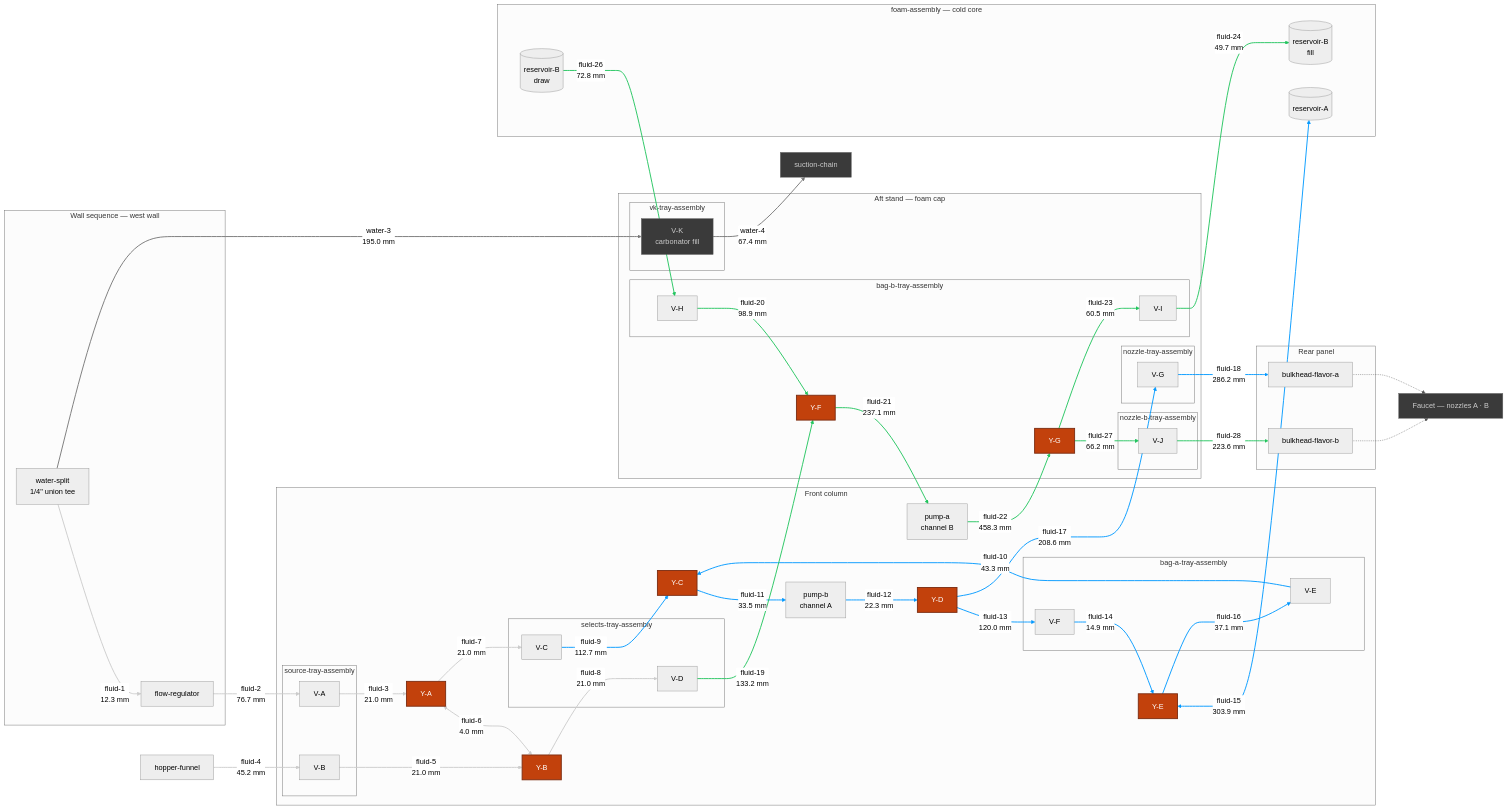
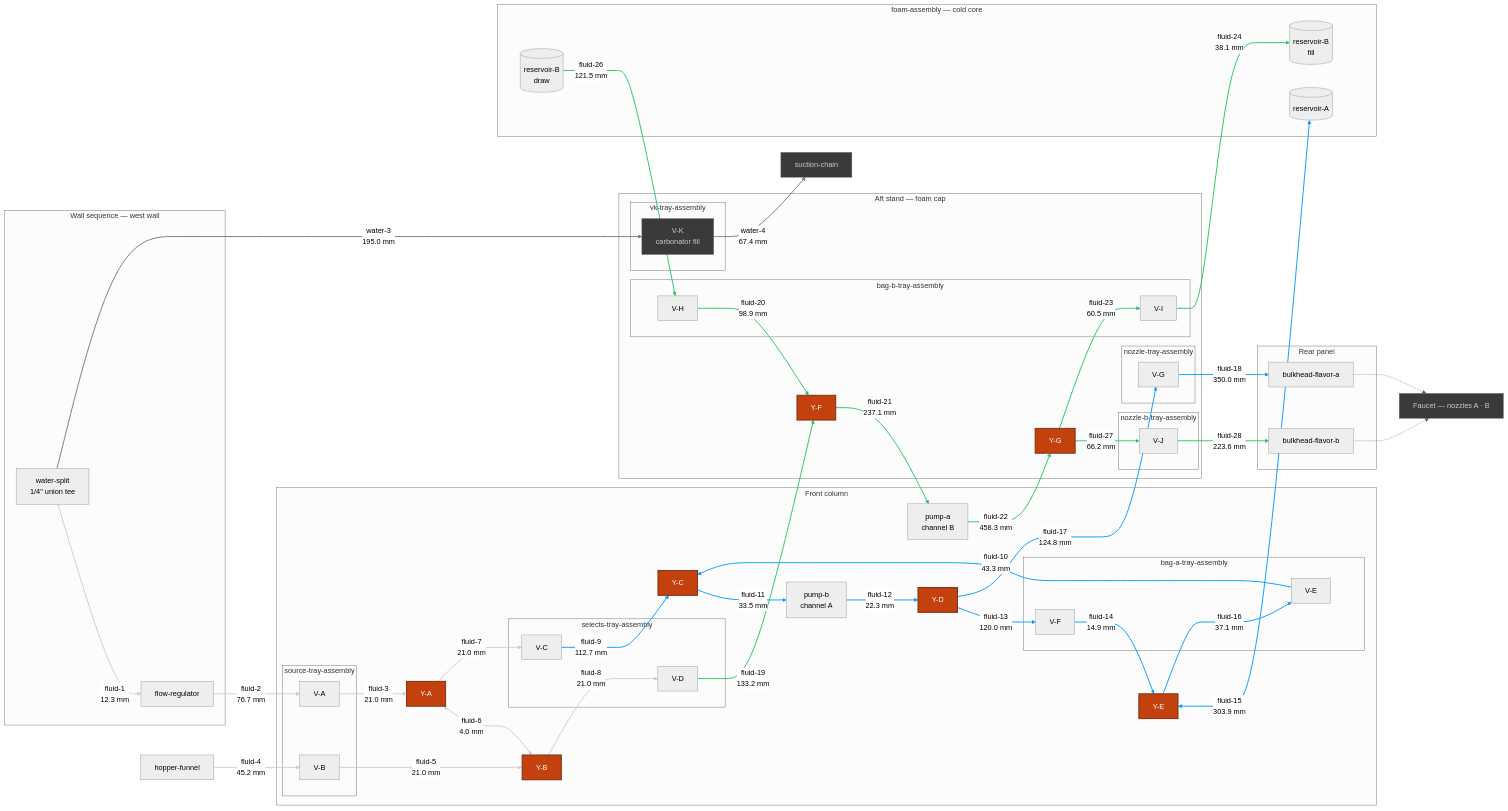
The diagram in hardware/topology/fluid-topology-manifold.mmd (derekbreden/homesodamachine), drawn with Mermaid (neutral theme) before and after one commit. The commit also changed 17 other files, not shown here.

```diff
--- a/hardware/topology/fluid-topology-manifold.mmd
+++ b/hardware/topology/fluid-topology-manifold.mmd
@@ -10,7 +10,7 @@
   %% `_fluid_topology_sync.py` writes every number below and gates every edge against
   %% the built run — an edge whose two ends are not that run's two ends fails the gate.
 
-  %% The 28 flavor segments come to [2805.0 mm](FLUID_TOTAL) of 1/4" LLDPE, over
+  %% The 28 flavor segments come to [2822.0 mm](FLUID_TOTAL) of 1/4" LLDPE, over
   %% [69](FLUID_BENDS) bends. The longest is [fluid-22](LONGEST_ID) at
   %% [458.3 mm](LONGEST_LEN); the shortest is [fluid-6](SHORTEST_ID) at
   %% [4.0 mm](SHORTEST_LEN).
@@ -155,8 +155,8 @@
   VF -->|"fluid-14<br/>14.9 mm"| YE
   YE <-->|"fluid-15<br/>303.9 mm"| ResA
   YE -->|"fluid-16<br/>37.1 mm"| VE
-  YD -->|"fluid-17<br/>208.6 mm"| VG
-  VG -->|"fluid-18<br/>286.2 mm"| BhA
+  YD -->|"fluid-17<br/>124.8 mm"| VG
+  VG -->|"fluid-18<br/>350.0 mm"| BhA
 
   %% =========================
   %% Channel B — fluid-19 … fluid-28
@@ -172,8 +172,8 @@
   YF -->|"fluid-21<br/>237.1 mm"| PA
   PA -->|"fluid-22<br/>458.3 mm"| YG
   YG -->|"fluid-23<br/>60.5 mm"| VI
-  VI -->|"fluid-24<br/>49.7 mm"| ResBFill
-  ResB -->|"fluid-26<br/>72.8 mm"| VH
+  VI -->|"fluid-24<br/>38.1 mm"| ResBFill
+  ResB -->|"fluid-26<br/>121.5 mm"| VH
   YG -->|"fluid-27<br/>66.2 mm"| VJ
   VJ -->|"fluid-28<br/>223.6 mm"| BhB
 
```
